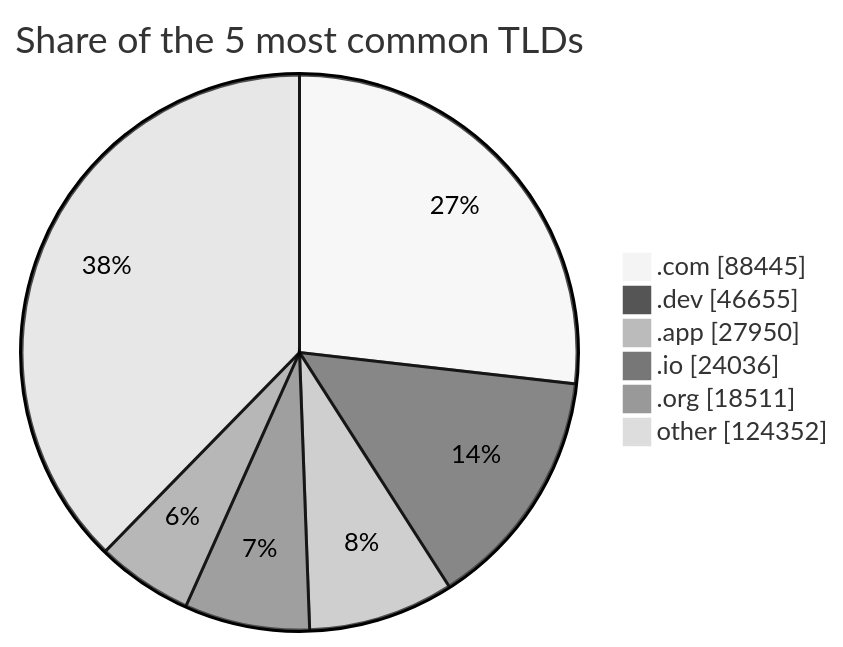
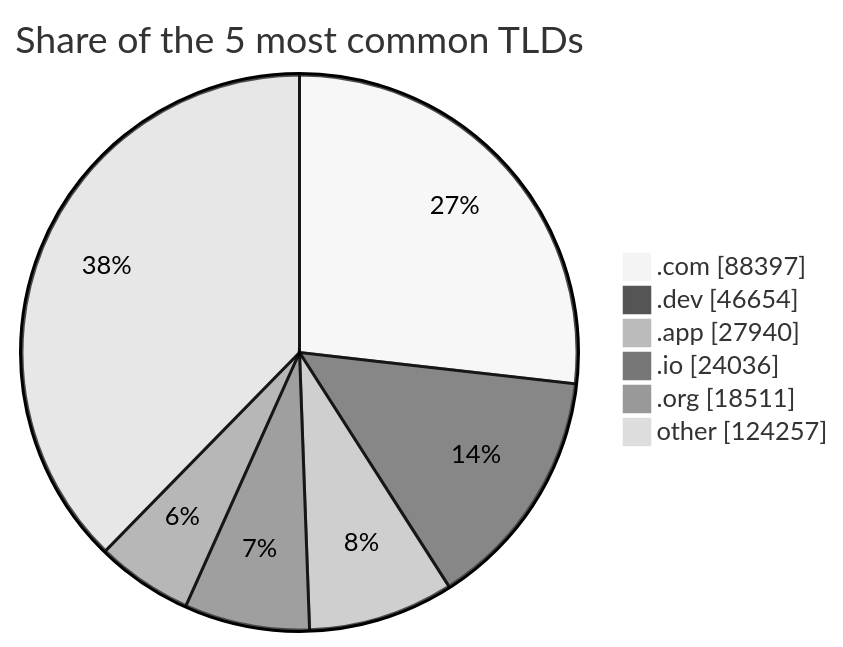
The third of 3 diagrams in README.md (DNSBunker/CTI), drawn with Mermaid (neutral theme) before and after one commit. The commit also changed other lines of this file and 3 other files, not shown here.

````diff
--- a/README.md
+++ b/README.md
@@ -81,9 +81,9 @@
 ```mermaid
 pie showData title Share of the 5 most common TLDs
-    ".com" : 88445
-    ".dev" : 46655
-    ".app" : 27950
+    ".com" : 88397
+    ".dev" : 46654
+    ".app" : 27940
     ".io" : 24036
     ".org" : 18511
-    "other" : 124352
+    "other" : 124257
 ```
````
